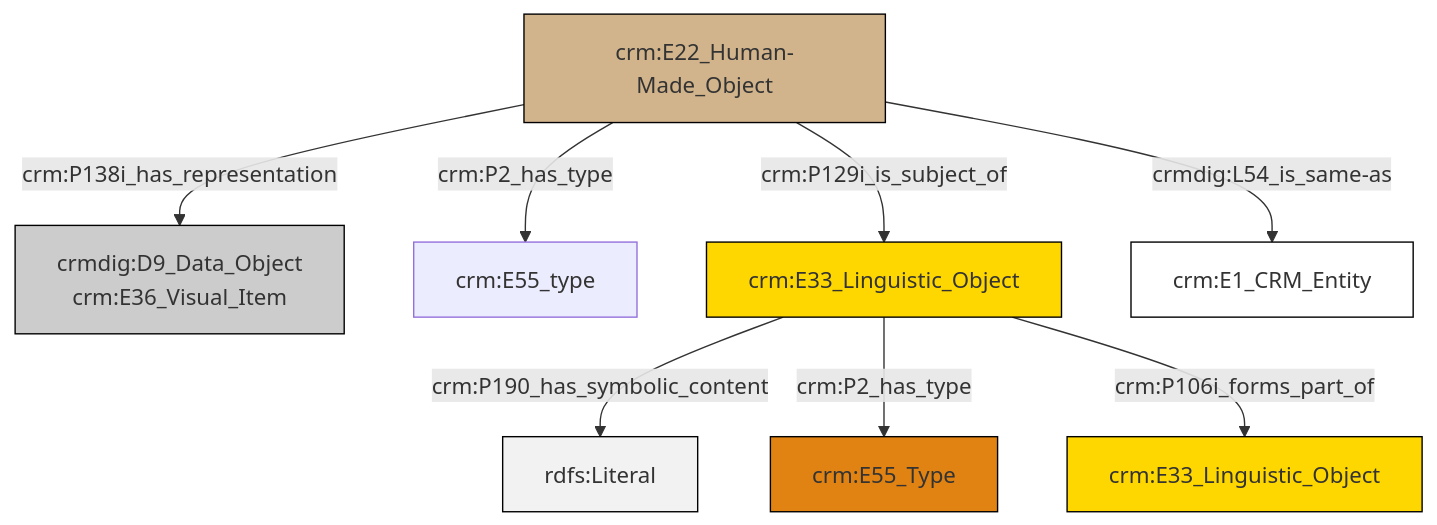
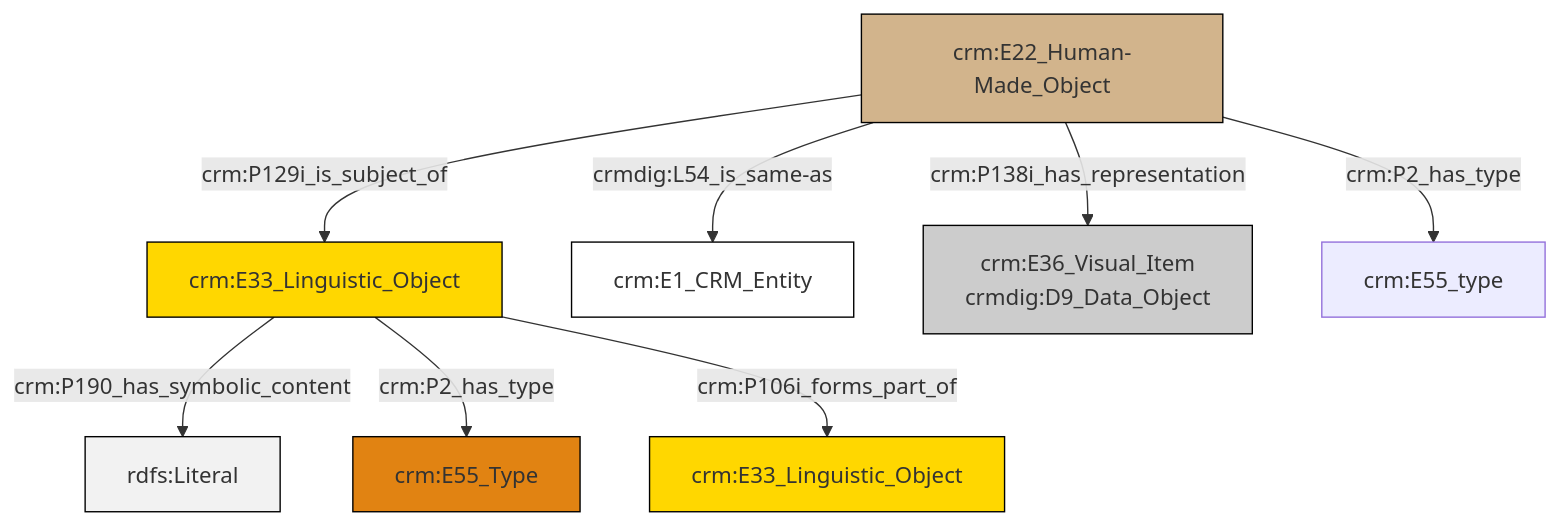
The diagram in et/artworkCSV/ttl/mmd/Artwork_Documentation.ttl.mmd (swiss-art-research-net/reference-data-models), drawn with Mermaid before and after one commit. The commit also changed 148 other files, not shown here.

```diff
--- a/et/artworkCSV/ttl/mmd/Artwork_Documentation.ttl.mmd
+++ b/et/artworkCSV/ttl/mmd/Artwork_Documentation.ttl.mmd
@@ -1,22 +1,22 @@
 graph TD
 classDef Literal fill:#f2f2f2,stroke:#000000;
 classDef CRM_Entity fill:#FFFFFF,stroke:#000000;
 classDef Temporal_Entity fill:#00C9E6, stroke:#000000;
 classDef Type fill:#E18312, stroke:#000000;
 classDef Time-Span fill:#2C9C91, stroke:#000000;
 classDef Appellation fill:#FFEB7F, stroke:#000000;
 classDef Place fill:#008836, stroke:#000000;
 classDef Persistent_Item fill:#B266B2, stroke:#000000;
 classDef Conceptual_Object fill:#FFD700, stroke:#000000;
 classDef Physical_Thing fill:#D2B48C, stroke:#000000;
 classDef Actor fill:#f58aad, stroke:#000000;
 classDef PC_Classes fill:#4ce600, stroke:#000000;
 classDef Multi fill:#cccccc,stroke:#000000;
 
-0["crm:E22_Human-Made_Object"]:::Physical_Thing -->|crm:P138i_has_representation| 1["crmdig:D9_Data_Object<br>crm:E36_Visual_Item"]:::Multi
-0["crm:E22_Human-Made_Object"]:::Physical_Thing -->|crm:P2_has_type| 2["crm:E55_type"]:::Default
-5["crm:E33_Linguistic_Object"]:::Conceptual_Object -->|crm:P190_has_symbolic_content| 6[rdfs:Literal]:::Literal
-0["crm:E22_Human-Made_Object"]:::Physical_Thing -->|crmdig:L54_is_same-as| 7["crm:E1_CRM_Entity"]:::CRM_Entity
-0["crm:E22_Human-Made_Object"]:::Physical_Thing -->|crm:P129i_is_subject_of| 5["crm:E33_Linguistic_Object"]:::Conceptual_Object
-5["crm:E33_Linguistic_Object"]:::Conceptual_Object -->|crm:P2_has_type| 3["crm:E55_Type"]:::Type
-5["crm:E33_Linguistic_Object"]:::Conceptual_Object -->|crm:P106i_forms_part_of| 10["crm:E33_Linguistic_Object"]:::Conceptual_Object
+0["crm:E33_Linguistic_Object"]:::Conceptual_Object -->|crm:P190_has_symbolic_content| 4[rdfs:Literal]:::Literal
+0["crm:E33_Linguistic_Object"]:::Conceptual_Object -->|crm:P2_has_type| 5["crm:E55_Type"]:::Type
+0["crm:E33_Linguistic_Object"]:::Conceptual_Object -->|crm:P106i_forms_part_of| 9["crm:E33_Linguistic_Object"]:::Conceptual_Object
+14["crm:E22_Human-Made_Object"]:::Physical_Thing -->|crm:P2_has_type| 10["crm:E55_type"]:::Default
+14["crm:E22_Human-Made_Object"]:::Physical_Thing -->|crmdig:L54_is_same-as| 2["crm:E1_CRM_Entity"]:::CRM_Entity
+14["crm:E22_Human-Made_Object"]:::Physical_Thing -->|crm:P129i_is_subject_of| 0["crm:E33_Linguistic_Object"]:::Conceptual_Object
+14["crm:E22_Human-Made_Object"]:::Physical_Thing -->|crm:P138i_has_representation| 7["crm:E36_Visual_Item<br>crmdig:D9_Data_Object"]:::Multi
```
